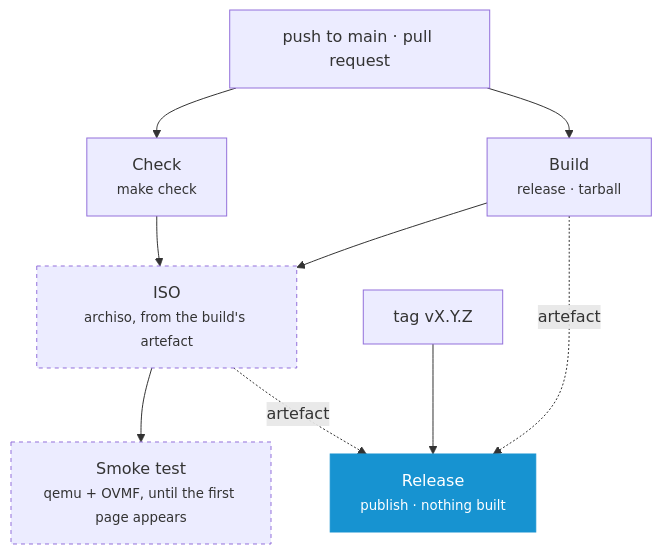
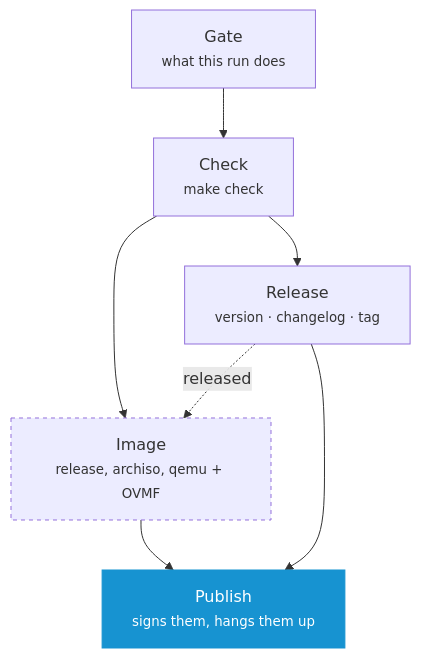
Before and after one commit to murkl/arch-os: the second of 2 diagrams in docs/CONTRIBUTING.md, drawn with Mermaid. The commit also changed other lines of this file and 9 other files, not shown here.

Commit message:
ci: write the version and the release out of what lands on main

````diff
--- a/docs/CONTRIBUTING.md
+++ b/docs/CONTRIBUTING.md
@@ -68,15 +73,12 @@
 ```mermaid
 flowchart TD
-    P["push to main · pull request"] --> C["Check<br/><small>make check</small>"]
-    P --> B["Build<br/><small>release · tarball</small>"]
-    C --> I
-    B --> I["ISO<br/><small>archiso, from the build's artefact</small>"]
-    I --> K["Smoke test<br/><small>qemu + OVMF, until the first page appears</small>"]
-    T["tag vX.Y.Z"] --> R["Release<br/><small>publish · nothing built</small>"]
-    B -.->|"artefact"| R
-    I -.->|"artefact"| R
+    G["Gate<br/><small>what this run does</small>"] --> C["Check<br/><small>make check</small>"]
+    C --> I["Image<br/><small>release, archiso, qemu + OVMF</small>"]
+    C --> R["Release<br/><small>version · changelog · tag</small>"]
+    R -.->|released| I
+    I --> P["Publish<br/><small>signs them, hangs them up</small>"]
+    R --> P
 
     style I stroke-dasharray: 4 4
-    style K stroke-dasharray: 4 4
-    style R fill:#1793d1,stroke:#1793d1,color:#fff
+    style P fill:#1793d1,stroke:#1793d1,color:#fff
 ```
````
